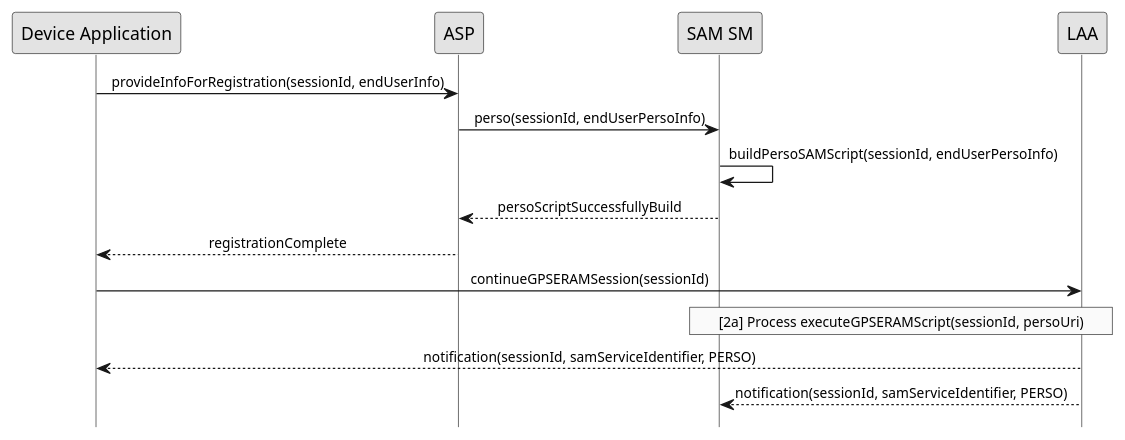
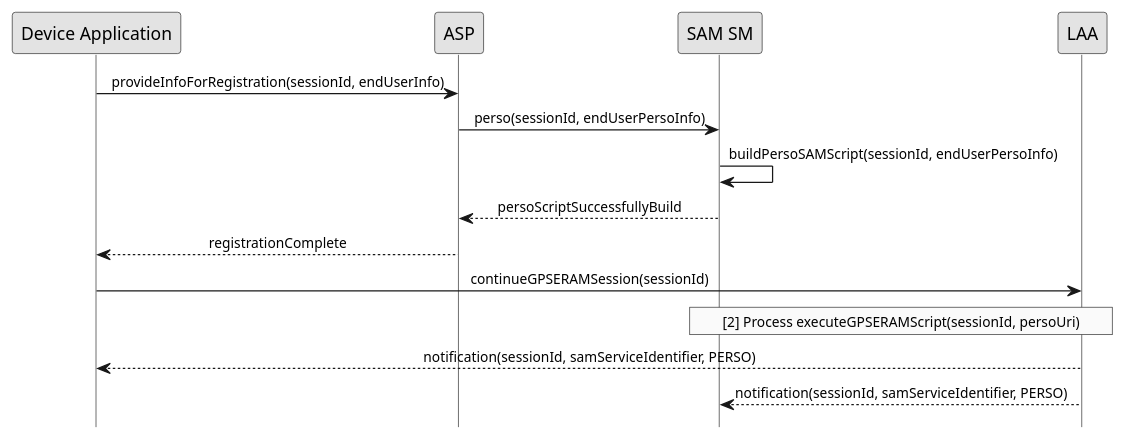
One commit to GlobalPlatform/LAA-SAM_SM-Interface changed the diagram in doc/uml/perso.pu. Above: the diagram before and after it, drawn with PlantUML. The commit also changed 10 other files, not shown here.

```diff
--- a/doc/uml/perso.pu
+++ b/doc/uml/perso.pu
@@ -1,23 +1,23 @@
 @startuml
  
 hide footbox
 skinparam sequenceMessageAlign center
 skinparam sequenceArrowFontSize 11
 skinparam noteFontSize 11
 skinparam monochrome true
 skinparam lifelinestrategy solid
  
 "Device Application" -> ASP : provideInfoForRegistration(sessionId, endUserInfo)
 ASP -> "SAM SM" : perso(sessionId, endUserPersoInfo)
 "SAM SM" -> "SAM SM" : buildPersoSAMScript(sessionId, endUserPersoInfo)
 "SAM SM" --> "ASP" : persoScriptSuccessfullyBuild
 "ASP" --> "Device Application" : registrationComplete
 "Device Application" -> LAA : continueGPSERAMSession(sessionId)
 rnote over "LAA", "SAM SM"
-    [2a] Process executeGPSERAMScript(sessionId, persoUri)
+    [2] Process executeGPSERAMScript(sessionId, persoUri)
 end rnote
  
  
 LAA --> "Device Application" : notification(sessionId, samServiceIdentifier, PERSO)
 LAA --> "SAM SM" : notification(sessionId, samServiceIdentifier, PERSO)
 @enduml
```
